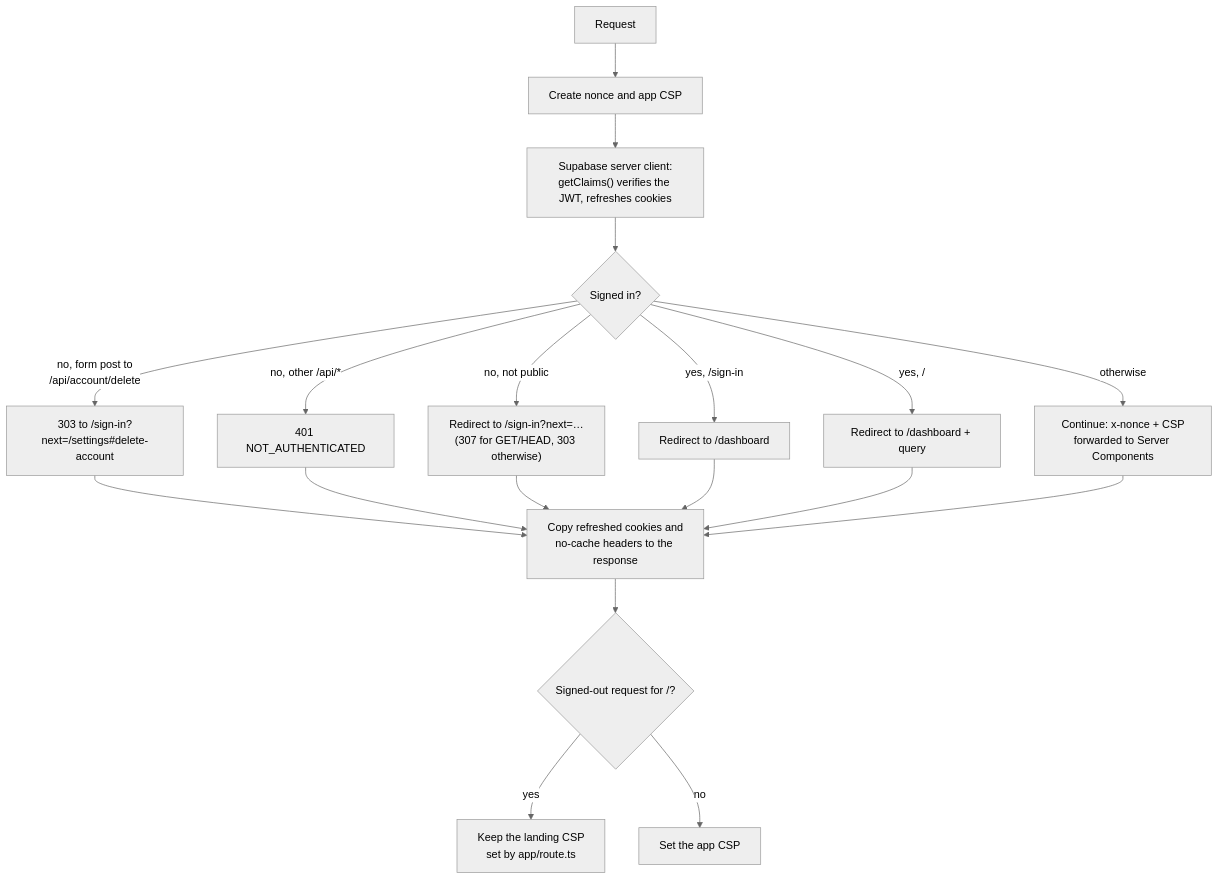
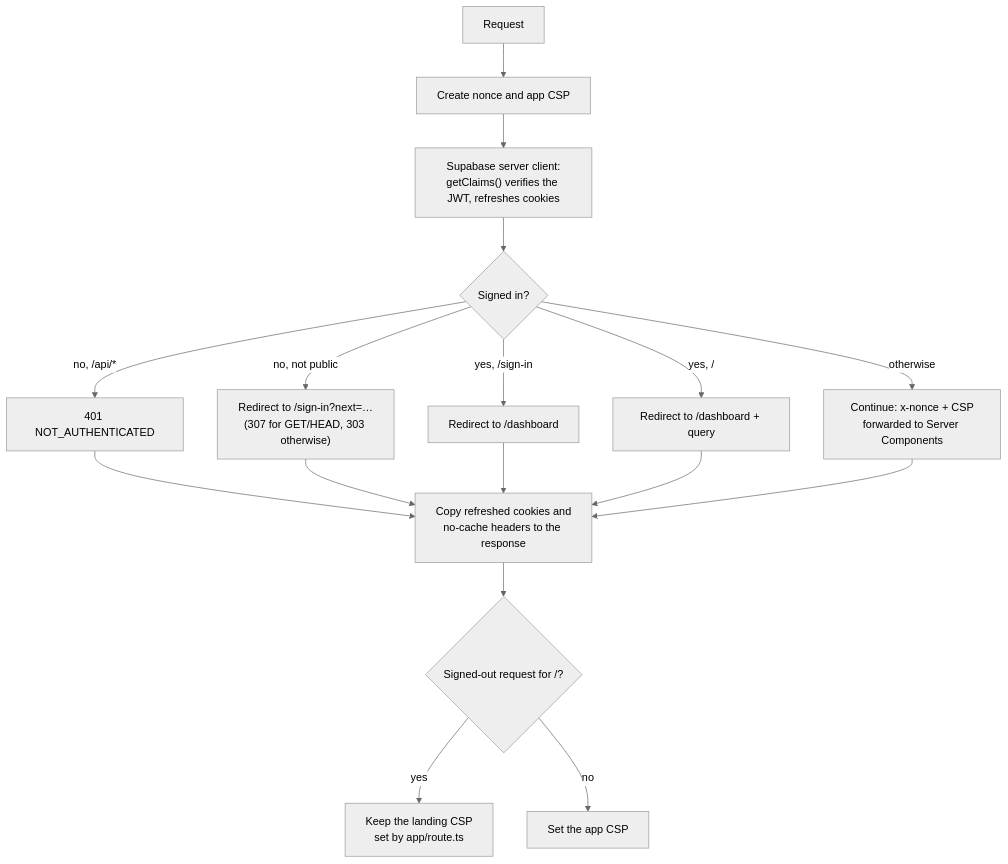
Before and after one commit to vbenedito/careeros: the diagram in docs/architecture/web.md, drawn with Mermaid (neutral theme). The commit also changed other lines of this file and 14 other files, not shown here.

First line of the commit message:
fix(web): delete account handles the API's 401; time zone gate never sticks (#70, #78)

````diff
--- a/docs/architecture/web.md
+++ b/docs/architecture/web.md
@@ -35,21 +35,19 @@
 ```mermaid
 flowchart TD
   R["Request"] --> N["Create nonce and app CSP"]
   N --> C["Supabase server client:<br/>getClaims() verifies the JWT, refreshes cookies"]
   C --> Q{"Signed in?"}
-  Q -- "no, form post to<br/>/api/account/delete" --> RF["303 to /sign-in?next=/settings#delete-account"]
-  Q -- "no, other /api/*" --> A401["401 NOT_AUTHENTICATED"]
+  Q -- "no, /api/*" --> A401["401 NOT_AUTHENTICATED"]
   Q -- "no, not public" --> RS["Redirect to /sign-in?next=…<br/>(307 for GET/HEAD, 303 otherwise)"]
   Q -- "yes, /sign-in" --> RD["Redirect to /dashboard"]
   Q -- "yes, /" --> RD2["Redirect to /dashboard + query"]
   Q -- "otherwise" --> NX["Continue: x-nonce + CSP<br/>forwarded to Server Components"]
-  RF --> H
   A401 --> H["Copy refreshed cookies and<br/>no-cache headers to the response"]
   RS --> H
   RD --> H
   RD2 --> H
   NX --> H
   H --> L{"Signed-out request for /?"}
   L -- "yes" --> LC["Keep the landing CSP<br/>set by app/route.ts"]
   L -- "no" --> AC["Set the app CSP"]
 ```
````
